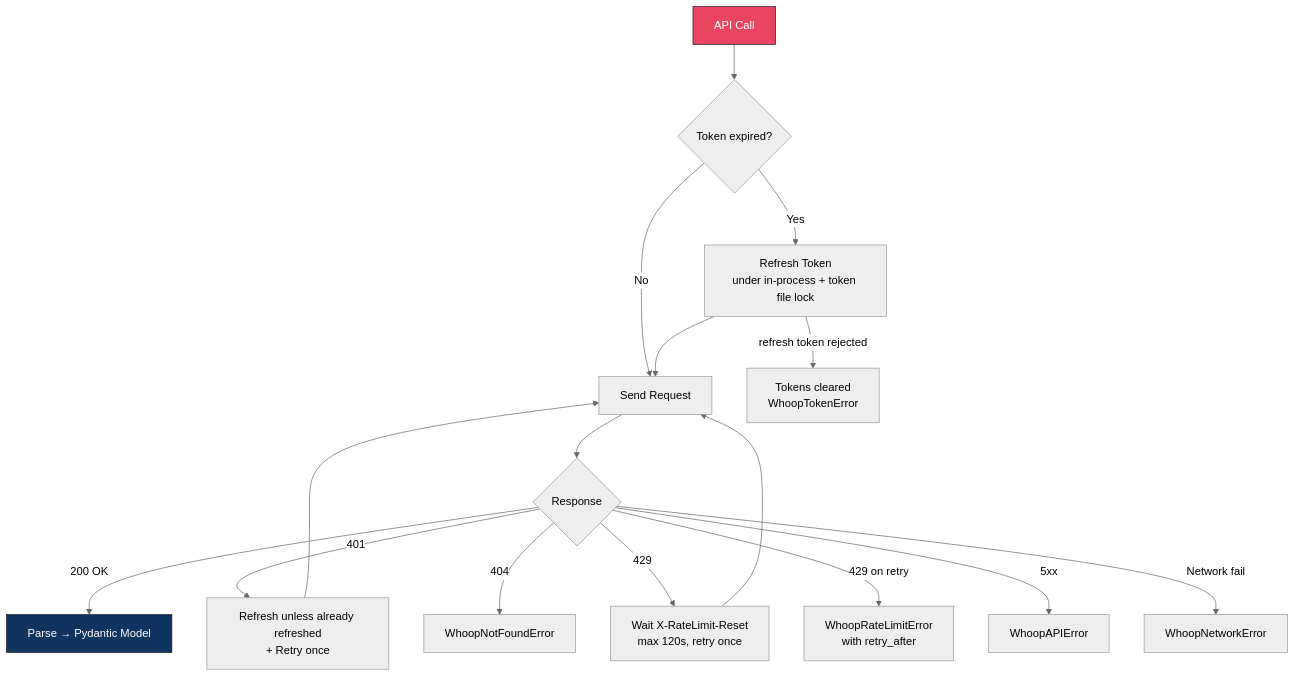
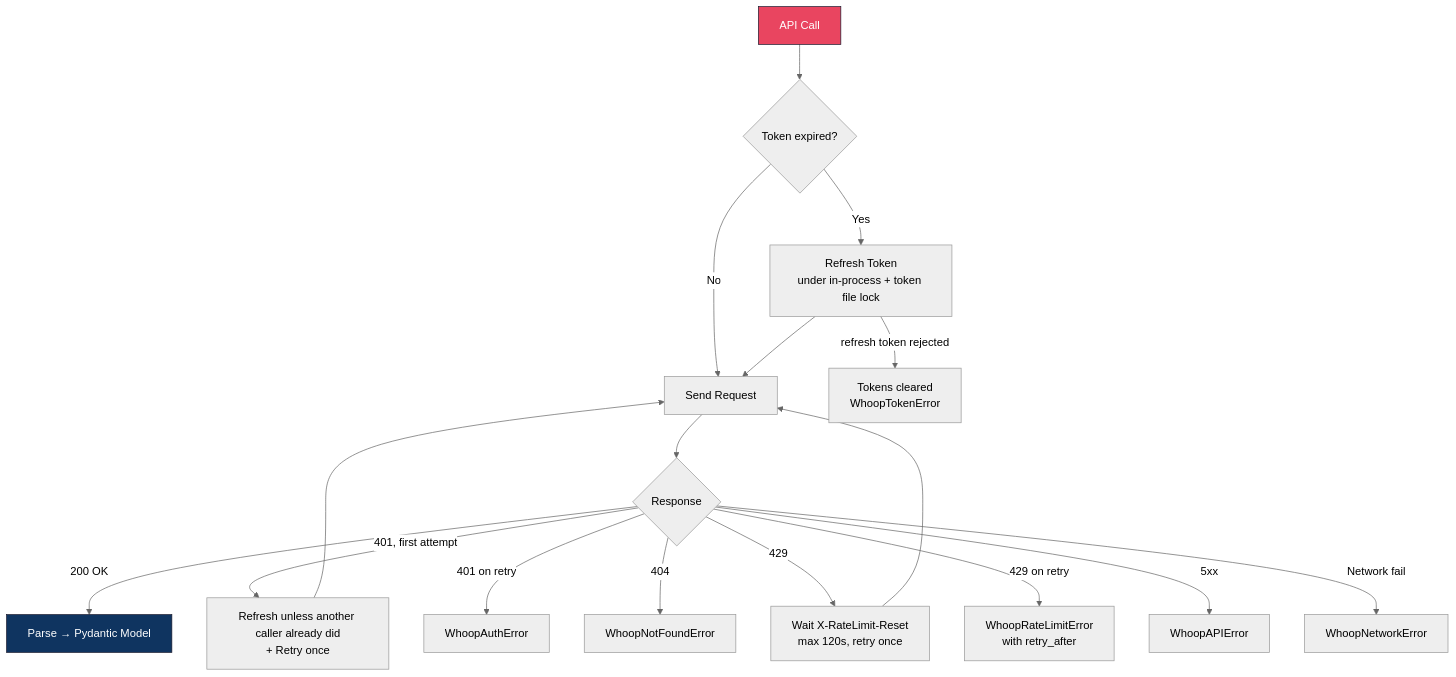
One commit to ponderrr/whoopyy changed the third of 6 diagrams in README.md. Above: the diagram before and after it, drawn with Mermaid (neutral theme). The commit also changed other lines of this file, not shown here.

````diff
--- a/README.md
+++ b/README.md
@@ -175,22 +182,23 @@
 ```mermaid
 flowchart TD
     A[API Call] --> B{Token expired?}
     B -->|No| D[Send Request]
     B -->|Yes| C[Refresh Token<br>under in-process + token file lock]
     C --> D
     C -->|refresh token rejected| M[Tokens cleared<br>WhoopTokenError]
 
     D --> E{Response}
     E -->|200 OK| F[Parse → Pydantic Model]
-    E -->|401| G[Refresh unless already refreshed<br>+ Retry once]
+    E -->|401, first attempt| G[Refresh unless another caller already did<br>+ Retry once]
+    E -->|401 on retry| N[WhoopAuthError]
     E -->|404| H[WhoopNotFoundError]
     E -->|429| I[Wait X-RateLimit-Reset<br>max 120s, retry once]
     E -->|429 on retry| L[WhoopRateLimitError<br>with retry_after]
     E -->|5xx| J[WhoopAPIError]
     E -->|Network fail| K[WhoopNetworkError]
     G --> D
     I --> D
 
     style A fill:#e94560,stroke:#1a1a2e,color:#fff
     style F fill:#0f3460,stroke:#1a1a2e,color:#fff
 ```
````
